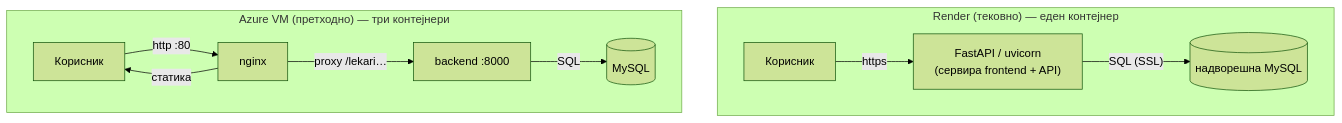
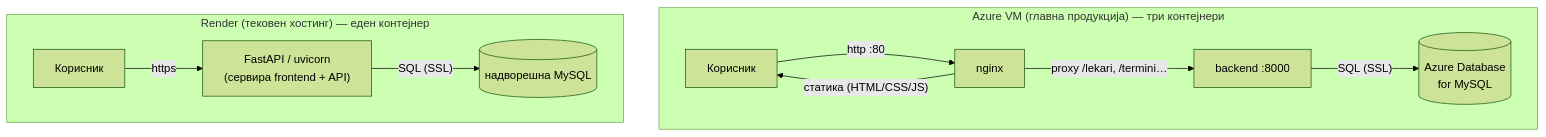
Before and after one commit to eftimovdaniel/Klinicka_Bolnica: the first of 2 diagrams in docs/deployment/production.md, drawn with Mermaid (forest theme). The commit also changed other lines of this file, not shown here.

````diff
--- a/docs/deployment/production.md
+++ b/docs/deployment/production.md
@@ -32,13 +36,13 @@
 ```mermaid
 flowchart TB
-    subgraph render["Render (тековно) — еден контејнер"]
+    subgraph azure["Azure VM (главна продукција) — три контејнери"]
+        AU["Корисник"] -->|"http :80"| AN["nginx"]
+        AN -->|"статика (HTML/CSS/JS)"| AU
+        AN -->|"proxy /lekari, /termini…"| AB["backend :8000"]
+        AB -->|"SQL (SSL)"| AM[("Azure Database<br/>for MySQL")]
+    end
+    subgraph render["Render (тековен хостинг) — еден контејнер"]
         RU["Корисник"] -->|"https"| RA["FastAPI / uvicorn<br/>(сервира frontend + API)"]
         RA -->|"SQL (SSL)"| RDB[("надворешна MySQL")]
     end
-    subgraph azure["Azure VM (претходно) — три контејнери"]
-        AU["Корисник"] -->|"http :80"| AN["nginx"]
-        AN -->|"статика"| AU
-        AN -->|"proxy /lekari…"| AB["backend :8000"]
-        AB -->|"SQL"| AM[("MySQL")]
-    end
 ```
````
